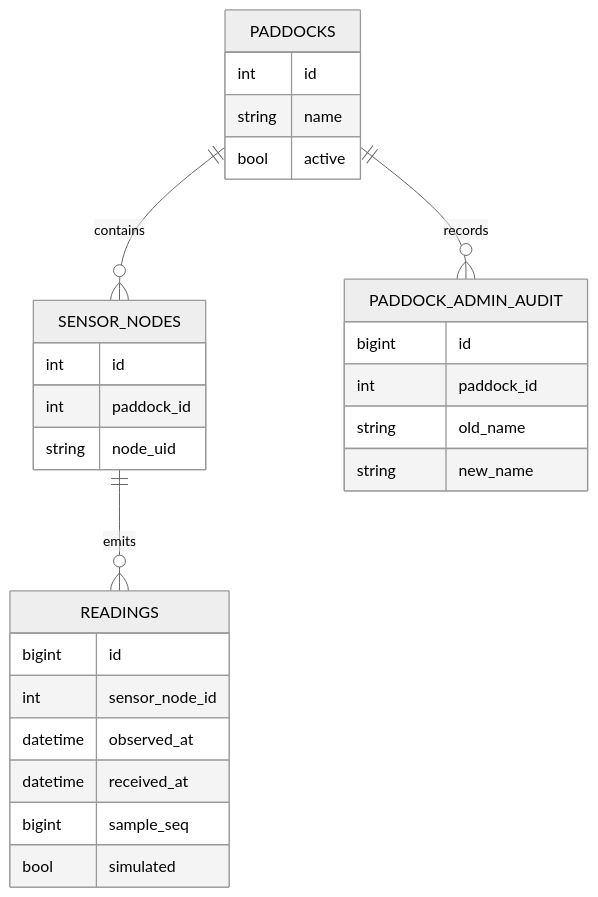
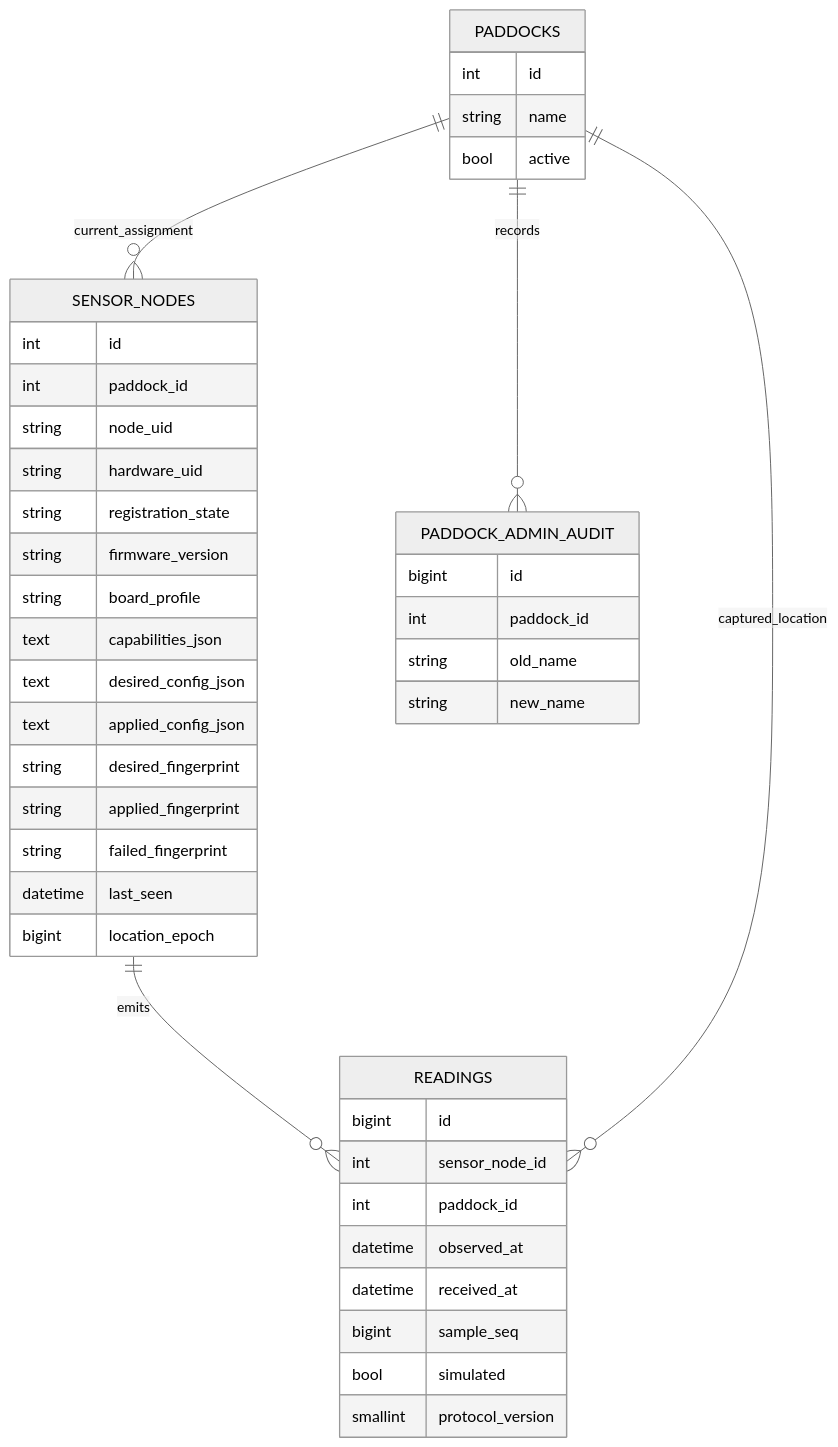
Before and after one commit to w0rmy/farmpi: the diagram in docs/diagrams/database-erd.mmd, drawn with Mermaid (neutral theme).

Commit message:
docs: expand ERD for managed node identity and location

```diff
--- a/docs/diagrams/database-erd.mmd
+++ b/docs/diagrams/database-erd.mmd
@@ -1,8 +1,47 @@
 erDiagram
-  PADDOCKS ||--o{ SENSOR_NODES : contains
+  PADDOCKS ||--o{ SENSOR_NODES : current_assignment
   SENSOR_NODES ||--o{ READINGS : emits
+  PADDOCKS ||--o{ READINGS : captured_location
   PADDOCKS ||--o{ PADDOCK_ADMIN_AUDIT : records
-  PADDOCKS { int id string name bool active }
-  SENSOR_NODES { int id int paddock_id string node_uid }
-  READINGS { bigint id int sensor_node_id datetime observed_at datetime received_at bigint sample_seq bool simulated }
-  PADDOCK_ADMIN_AUDIT { bigint id int paddock_id string old_name string new_name }
+
+  PADDOCKS {
+    int id
+    string name
+    bool active
+  }
+
+  SENSOR_NODES {
+    int id
+    int paddock_id
+    string node_uid
+    string hardware_uid
+    string registration_state
+    string firmware_version
+    string board_profile
+    text capabilities_json
+    text desired_config_json
+    text applied_config_json
+    string desired_fingerprint
+    string applied_fingerprint
+    string failed_fingerprint
+    datetime last_seen
+    bigint location_epoch
+  }
+
+  READINGS {
+    bigint id
+    int sensor_node_id
+    int paddock_id
+    datetime observed_at
+    datetime received_at
+    bigint sample_seq
+    bool simulated
+    smallint protocol_version
+  }
+
+  PADDOCK_ADMIN_AUDIT {
+    bigint id
+    int paddock_id
+    string old_name
+    string new_name
+  }
```
